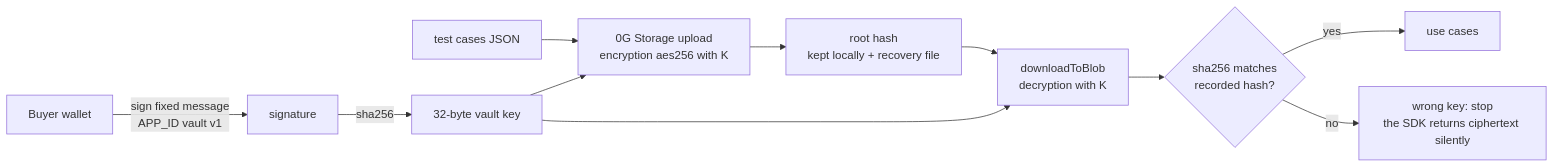
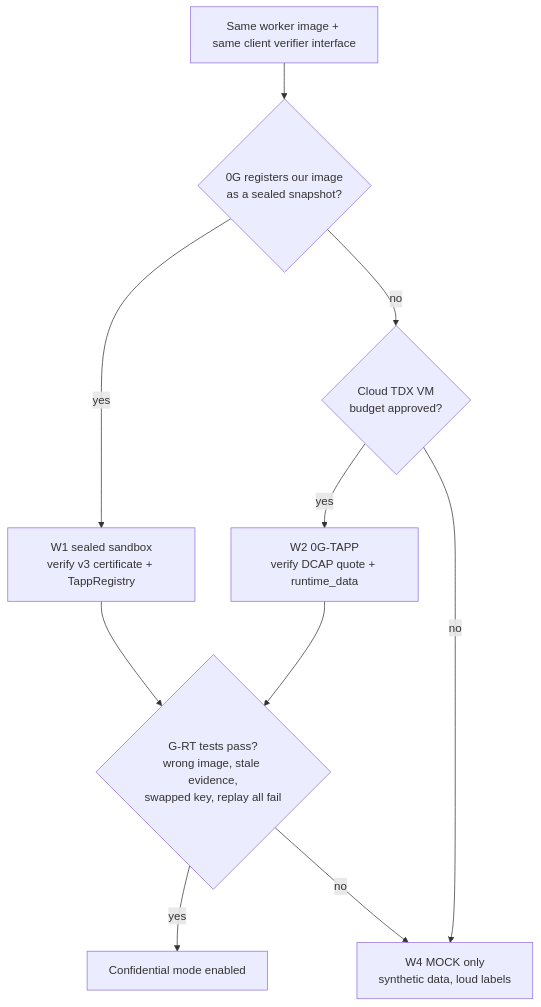
One commit to Soni-Shivam/Pivot_HTE changed diagram 13 of 16 in docs/ARCHITECTURE.md. Above: the diagram before and after it, drawn with Mermaid. The commit also changed other lines of this file and 9 other files, not shown here.

````diff
--- a/docs/ARCHITECTURE.md
+++ b/docs/ARCHITECTURE.md
@@ -232,13 +357,11 @@
 ```mermaid
-flowchart LR
-    W["Buyer wallet"] -- "sign fixed message<br/>APP_ID vault v1" --> SIG["signature"]
-    SIG -- "sha256" --> K["32-byte vault key"]
-    CASES["test cases JSON"] --> UP["0G Storage upload<br/>encryption aes256 with K"]
-    K --> UP
-    UP --> ROOT["root hash<br/>kept locally + recovery file"]
-    ROOT --> DL["downloadToBlob<br/>decryption with K"]
-    K --> DL
-    DL --> CHECK{"sha256 matches<br/>recorded hash?"}
-    CHECK -- "yes" --> USE["use cases"]
-    CHECK -- "no" --> ERR["wrong key: stop<br/>the SDK returns ciphertext silently"]
+flowchart TB
+    START["Same worker image + same client verifier interface"] --> Q1{"0G registers our image<br/>as a sealed snapshot?"}
+    Q1 -- "yes" --> W1["W1 sealed sandbox<br/>verify v3 certificate + TappRegistry"]
+    Q1 -- "no" --> Q2{"Cloud TDX VM<br/>budget approved?"}
+    Q2 -- "yes" --> W2["W2 0G-TAPP<br/>verify DCAP quote + runtime_data"]
+    Q2 -- "no" --> W4["W4 MOCK only<br/>synthetic data, loud labels"]
+    W1 & W2 --> GRT{"G-RT tests pass?<br/>wrong image, stale evidence,<br/>swapped key, replay all fail"}
+    GRT -- "yes" --> CONF["Confidential mode enabled"]
+    GRT -- "no" --> W4
 ```
````
